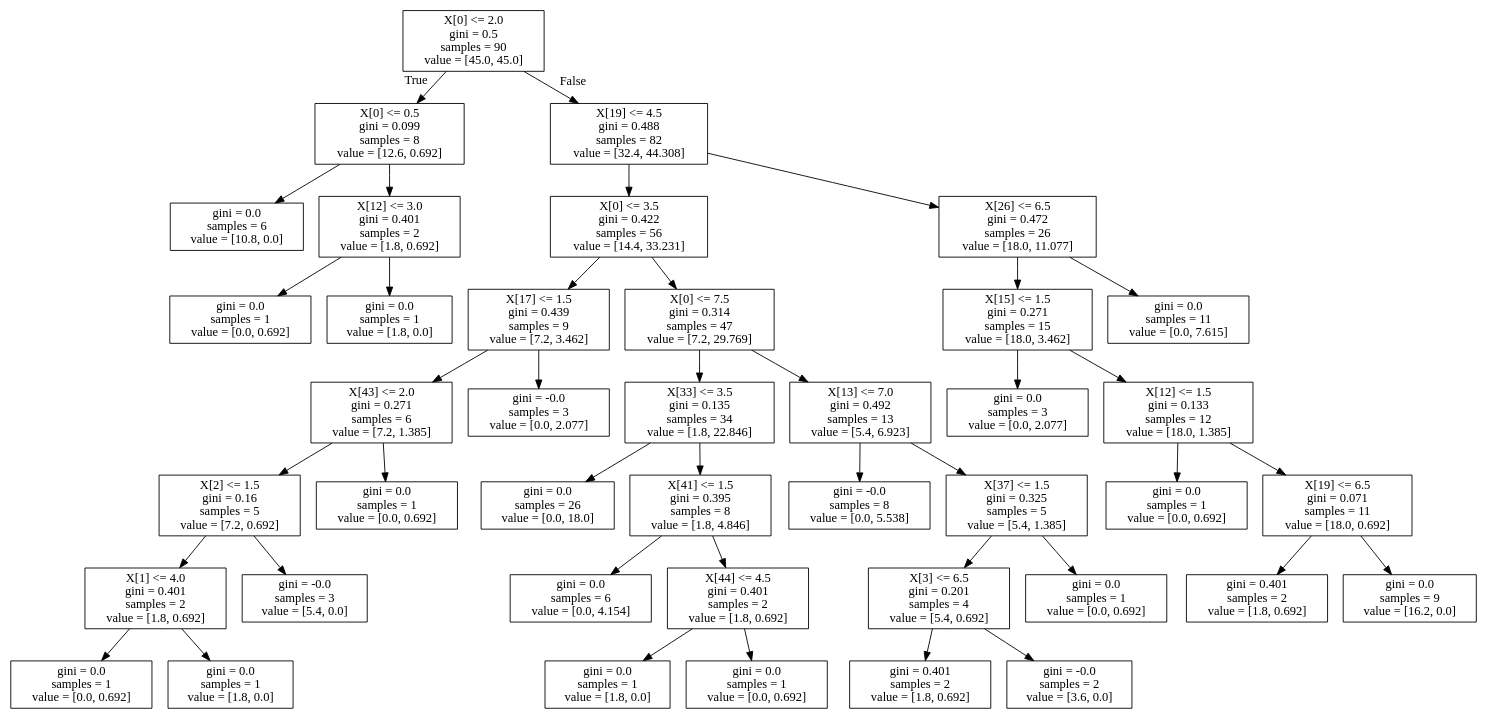
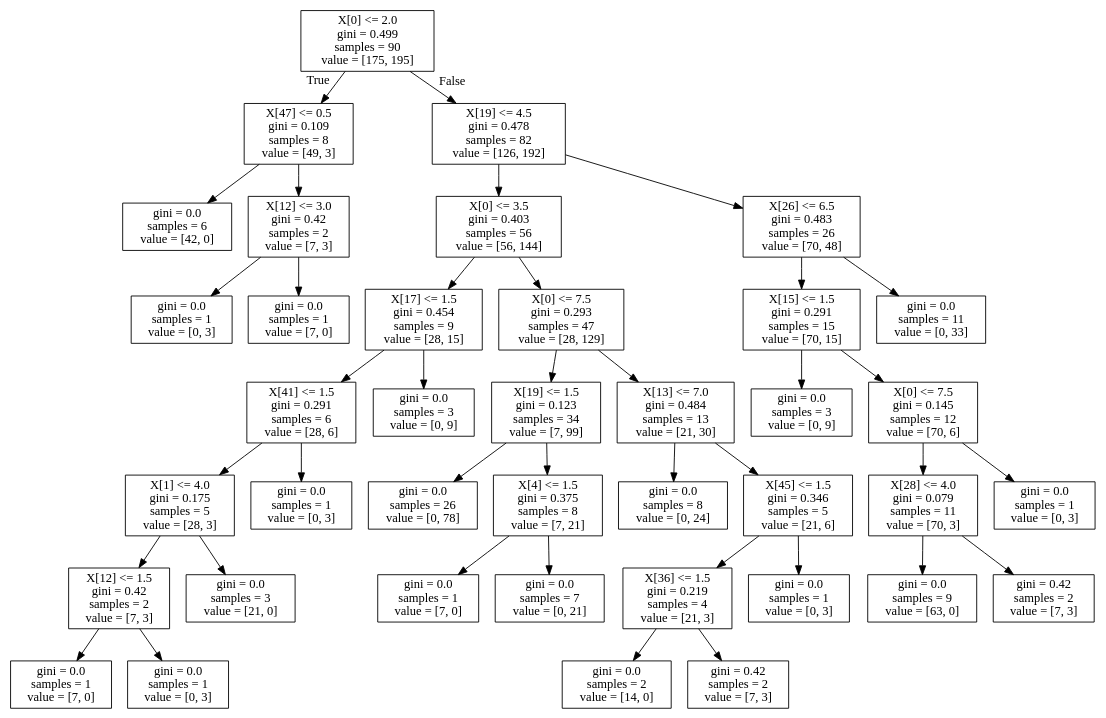
One commit to suleSyl/Tahminleme changed the diagram in tree.dot. Above: the diagram before and after it, drawn with Graphviz. The commit also changed 2 other files, not shown here.

```diff
--- a/tree.dot
+++ b/tree.dot
@@ -1,84 +1,80 @@
 digraph Tree {
 node [shape=box] ;
-0 [label="X[0] <= 2.0\ngini = 0.5\nsamples = 90\nvalue = [45.0, 45.0]"] ;
-1 [label="X[0] <= 0.5\ngini = 0.099\nsamples = 8\nvalue = [12.6, 0.692]"] ;
+0 [label="X[0] <= 2.0\ngini = 0.499\nsamples = 90\nvalue = [175, 195]"] ;
+1 [label="X[47] <= 0.5\ngini = 0.109\nsamples = 8\nvalue = [49, 3]"] ;
 0 -> 1 [labeldistance=2.5, labelangle=45, headlabel="True"] ;
-2 [label="gini = 0.0\nsamples = 6\nvalue = [10.8, 0.0]"] ;
+2 [label="gini = 0.0\nsamples = 6\nvalue = [42, 0]"] ;
 1 -> 2 ;
-3 [label="X[12] <= 3.0\ngini = 0.401\nsamples = 2\nvalue = [1.8, 0.692]"] ;
+3 [label="X[12] <= 3.0\ngini = 0.42\nsamples = 2\nvalue = [7, 3]"] ;
 1 -> 3 ;
-4 [label="gini = 0.0\nsamples = 1\nvalue = [0.0, 0.692]"] ;
+4 [label="gini = 0.0\nsamples = 1\nvalue = [0, 3]"] ;
 3 -> 4 ;
-5 [label="gini = 0.0\nsamples = 1\nvalue = [1.8, 0.0]"] ;
+5 [label="gini = 0.0\nsamples = 1\nvalue = [7, 0]"] ;
 3 -> 5 ;
-6 [label="X[19] <= 4.5\ngini = 0.488\nsamples = 82\nvalue = [32.4, 44.308]"] ;
+6 [label="X[19] <= 4.5\ngini = 0.478\nsamples = 82\nvalue = [126, 192]"] ;
 0 -> 6 [labeldistance=2.5, labelangle=-45, headlabel="False"] ;
-7 [label="X[0] <= 3.5\ngini = 0.422\nsamples = 56\nvalue = [14.4, 33.231]"] ;
+7 [label="X[0] <= 3.5\ngini = 0.403\nsamples = 56\nvalue = [56, 144]"] ;
 6 -> 7 ;
-8 [label="X[17] <= 1.5\ngini = 0.439\nsamples = 9\nvalue = [7.2, 3.462]"] ;
+8 [label="X[17] <= 1.5\ngini = 0.454\nsamples = 9\nvalue = [28, 15]"] ;
 7 -> 8 ;
-9 [label="X[43] <= 2.0\ngini = 0.271\nsamples = 6\nvalue = [7.2, 1.385]"] ;
+9 [label="X[41] <= 1.5\ngini = 0.291\nsamples = 6\nvalue = [28, 6]"] ;
 8 -> 9 ;
-10 [label="X[2] <= 1.5\ngini = 0.16\nsamples = 5\nvalue = [7.2, 0.692]"] ;
+10 [label="X[1] <= 4.0\ngini = 0.175\nsamples = 5\nvalue = [28, 3]"] ;
 9 -> 10 ;
-11 [label="X[1] <= 4.0\ngini = 0.401\nsamples = 2\nvalue = [1.8, 0.692]"] ;
+11 [label="X[12] <= 1.5\ngini = 0.42\nsamples = 2\nvalue = [7, 3]"] ;
 10 -> 11 ;
-12 [label="gini = 0.0\nsamples = 1\nvalue = [0.0, 0.692]"] ;
+12 [label="gini = 0.0\nsamples = 1\nvalue = [7, 0]"] ;
 11 -> 12 ;
-13 [label="gini = 0.0\nsamples = 1\nvalue = [1.8, 0.0]"] ;
+13 [label="gini = 0.0\nsamples = 1\nvalue = [0, 3]"] ;
 11 -> 13 ;
-14 [label="gini = -0.0\nsamples = 3\nvalue = [5.4, 0.0]"] ;
+14 [label="gini = 0.0\nsamples = 3\nvalue = [21, 0]"] ;
 10 -> 14 ;
-15 [label="gini = 0.0\nsamples = 1\nvalue = [0.0, 0.692]"] ;
+15 [label="gini = 0.0\nsamples = 1\nvalue = [0, 3]"] ;
 9 -> 15 ;
-16 [label="gini = -0.0\nsamples = 3\nvalue = [0.0, 2.077]"] ;
+16 [label="gini = 0.0\nsamples = 3\nvalue = [0, 9]"] ;
 8 -> 16 ;
-17 [label="X[0] <= 7.5\ngini = 0.314\nsamples = 47\nvalue = [7.2, 29.769]"] ;
+17 [label="X[0] <= 7.5\ngini = 0.293\nsamples = 47\nvalue = [28, 129]"] ;
 7 -> 17 ;
-18 [label="X[33] <= 3.5\ngini = 0.135\nsamples = 34\nvalue = [1.8, 22.846]"] ;
+18 [label="X[19] <= 1.5\ngini = 0.123\nsamples = 34\nvalue = [7, 99]"] ;
 17 -> 18 ;
-19 [label="gini = 0.0\nsamples = 26\nvalue = [0.0, 18.0]"] ;
+19 [label="gini = 0.0\nsamples = 26\nvalue = [0, 78]"] ;
 18 -> 19 ;
-20 [label="X[41] <= 1.5\ngini = 0.395\nsamples = 8\nvalue = [1.8, 4.846]"] ;
+20 [label="X[4] <= 1.5\ngini = 0.375\nsamples = 8\nvalue = [7, 21]"] ;
 18 -> 20 ;
-21 [label="gini = 0.0\nsamples = 6\nvalue = [0.0, 4.154]"] ;
+21 [label="gini = 0.0\nsamples = 1\nvalue = [7, 0]"] ;
 20 -> 21 ;
-22 [label="X[44] <= 4.5\ngini = 0.401\nsamples = 2\nvalue = [1.8, 0.692]"] ;
+22 [label="gini = 0.0\nsamples = 7\nvalue = [0, 21]"] ;
 20 -> 22 ;
-23 [label="gini = 0.0\nsamples = 1\nvalue = [1.8, 0.0]"] ;
-22 -> 23 ;
-24 [label="gini = 0.0\nsamples = 1\nvalue = [0.0, 0.692]"] ;
-22 -> 24 ;
-25 [label="X[13] <= 7.0\ngini = 0.492\nsamples = 13\nvalue = [5.4, 6.923]"] ;
-17 -> 25 ;
-26 [label="gini = -0.0\nsamples = 8\nvalue = [0.0, 5.538]"] ;
+23 [label="X[13] <= 7.0\ngini = 0.484\nsamples = 13\nvalue = [21, 30]"] ;
+17 -> 23 ;
+24 [label="gini = 0.0\nsamples = 8\nvalue = [0, 24]"] ;
+23 -> 24 ;
+25 [label="X[45] <= 1.5\ngini = 0.346\nsamples = 5\nvalue = [21, 6]"] ;
+23 -> 25 ;
+26 [label="X[36] <= 1.5\ngini = 0.219\nsamples = 4\nvalue = [21, 3]"] ;
 25 -> 26 ;
-27 [label="X[37] <= 1.5\ngini = 0.325\nsamples = 5\nvalue = [5.4, 1.385]"] ;
-25 -> 27 ;
-28 [label="X[3] <= 6.5\ngini = 0.201\nsamples = 4\nvalue = [5.4, 0.692]"] ;
-27 -> 28 ;
-29 [label="gini = 0.401\nsamples = 2\nvalue = [1.8, 0.692]"] ;
-28 -> 29 ;
-30 [label="gini = -0.0\nsamples = 2\nvalue = [3.6, 0.0]"] ;
-28 -> 30 ;
-31 [label="gini = 0.0\nsamples = 1\nvalue = [0.0, 0.692]"] ;
-27 -> 31 ;
-32 [label="X[26] <= 6.5\ngini = 0.472\nsamples = 26\nvalue = [18.0, 11.077]"] ;
-6 -> 32 ;
-33 [label="X[15] <= 1.5\ngini = 0.271\nsamples = 15\nvalue = [18.0, 3.462]"] ;
-32 -> 33 ;
-34 [label="gini = 0.0\nsamples = 3\nvalue = [0.0, 2.077]"] ;
+27 [label="gini = 0.0\nsamples = 2\nvalue = [14, 0]"] ;
+26 -> 27 ;
+28 [label="gini = 0.42\nsamples = 2\nvalue = [7, 3]"] ;
+26 -> 28 ;
+29 [label="gini = 0.0\nsamples = 1\nvalue = [0, 3]"] ;
+25 -> 29 ;
+30 [label="X[26] <= 6.5\ngini = 0.483\nsamples = 26\nvalue = [70, 48]"] ;
+6 -> 30 ;
+31 [label="X[15] <= 1.5\ngini = 0.291\nsamples = 15\nvalue = [70, 15]"] ;
+30 -> 31 ;
+32 [label="gini = 0.0\nsamples = 3\nvalue = [0, 9]"] ;
+31 -> 32 ;
+33 [label="X[0] <= 7.5\ngini = 0.145\nsamples = 12\nvalue = [70, 6]"] ;
+31 -> 33 ;
+34 [label="X[28] <= 4.0\ngini = 0.079\nsamples = 11\nvalue = [70, 3]"] ;
 33 -> 34 ;
-35 [label="X[12] <= 1.5\ngini = 0.133\nsamples = 12\nvalue = [18.0, 1.385]"] ;
-33 -> 35 ;
-36 [label="gini = 0.0\nsamples = 1\nvalue = [0.0, 0.692]"] ;
-35 -> 36 ;
-37 [label="X[19] <= 6.5\ngini = 0.071\nsamples = 11\nvalue = [18.0, 0.692]"] ;
-35 -> 37 ;
-38 [label="gini = 0.401\nsamples = 2\nvalue = [1.8, 0.692]"] ;
-37 -> 38 ;
-39 [label="gini = 0.0\nsamples = 9\nvalue = [16.2, 0.0]"] ;
-37 -> 39 ;
-40 [label="gini = 0.0\nsamples = 11\nvalue = [0.0, 7.615]"] ;
-32 -> 40 ;
+35 [label="gini = 0.0\nsamples = 9\nvalue = [63, 0]"] ;
+34 -> 35 ;
+36 [label="gini = 0.42\nsamples = 2\nvalue = [7, 3]"] ;
+34 -> 36 ;
+37 [label="gini = 0.0\nsamples = 1\nvalue = [0, 3]"] ;
+33 -> 37 ;
+38 [label="gini = 0.0\nsamples = 11\nvalue = [0, 33]"] ;
+30 -> 38 ;
 }
```
